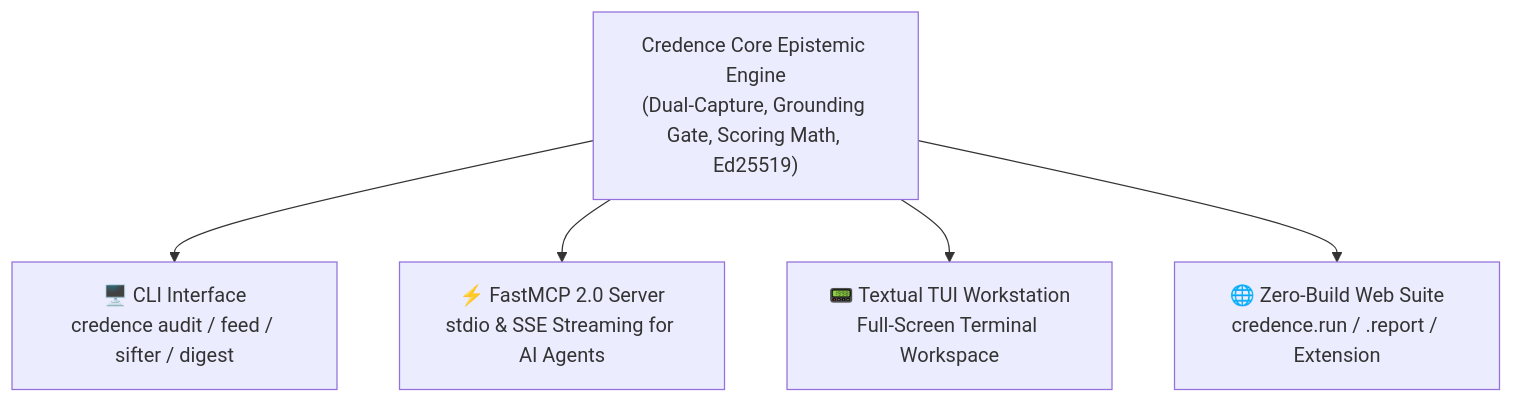
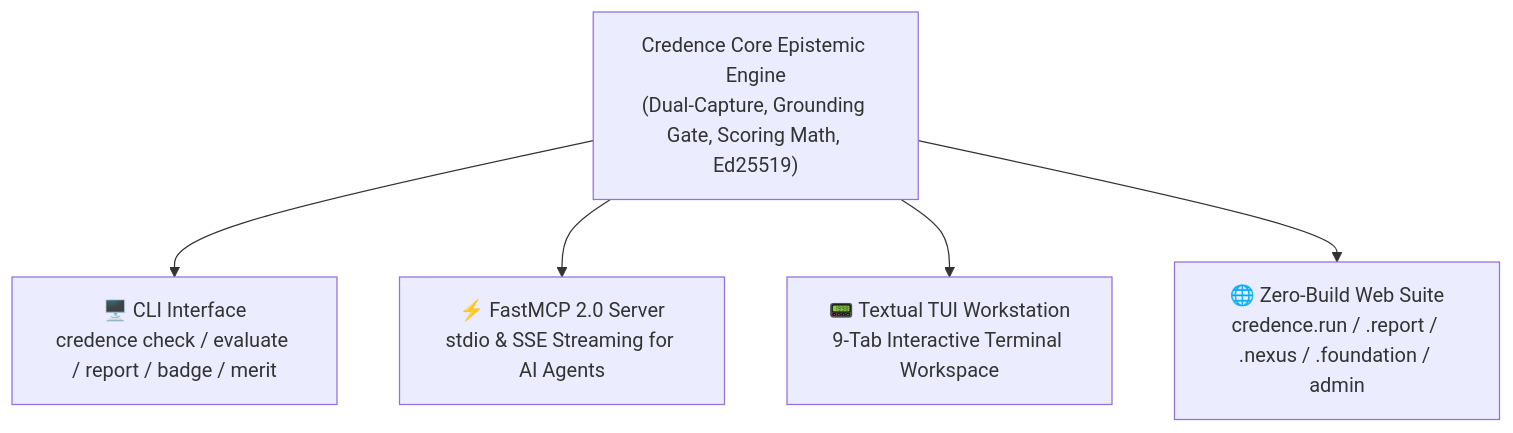
Before and after one commit to artibyrd/credence-docs: the diagram in docs/feature-parity.md, drawn with Mermaid. The commit also changed other lines of this file and 5 other files, not shown here.

````diff
--- a/docs/feature-parity.md
+++ b/docs/feature-parity.md
@@ -23,9 +23,9 @@
 ```mermaid
 graph TD
     Core["Credence Core Epistemic Engine<br>(Dual-Capture, Grounding Gate, Scoring Math, Ed25519)"]
     
-    Core --> CLI["🖥️ CLI Interface<br>credence audit / feed / sifter / digest"]
+    Core --> CLI["🖥️ CLI Interface<br>credence check / evaluate / report / badge / merit"]
     Core --> MCP["⚡ FastMCP 2.0 Server<br>stdio & SSE Streaming for AI Agents"]
-    Core --> TUI["📟 Textual TUI Workstation<br>Full-Screen Terminal Workspace"]
-    Core --> Web["🌐 Zero-Build Web Suite<br>credence.run / .report / Extension"]
+    Core --> TUI["📟 Textual TUI Workstation<br>9-Tab Interactive Terminal Workspace"]
+    Core --> Web["🌐 Zero-Build Web Suite<br>credence.run / .report / .nexus / .foundation / admin"]
 ```
````
